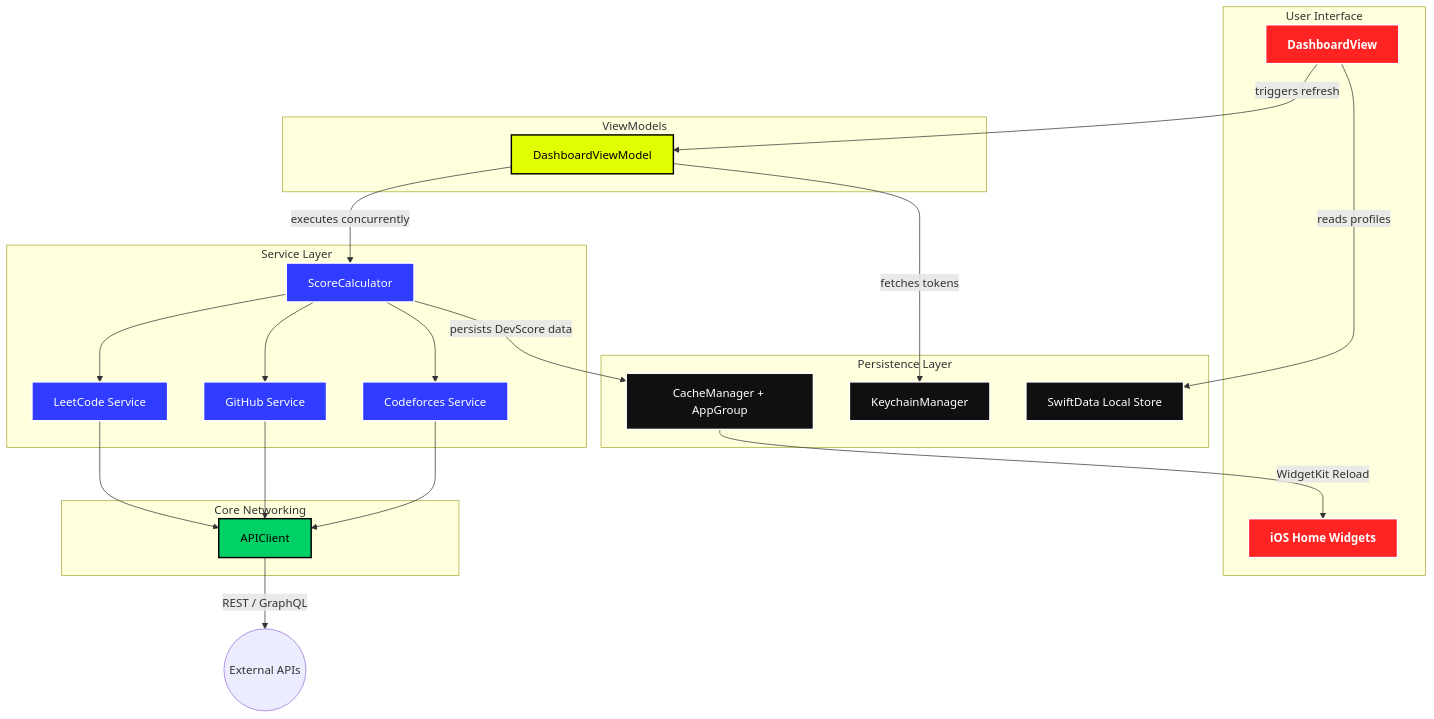
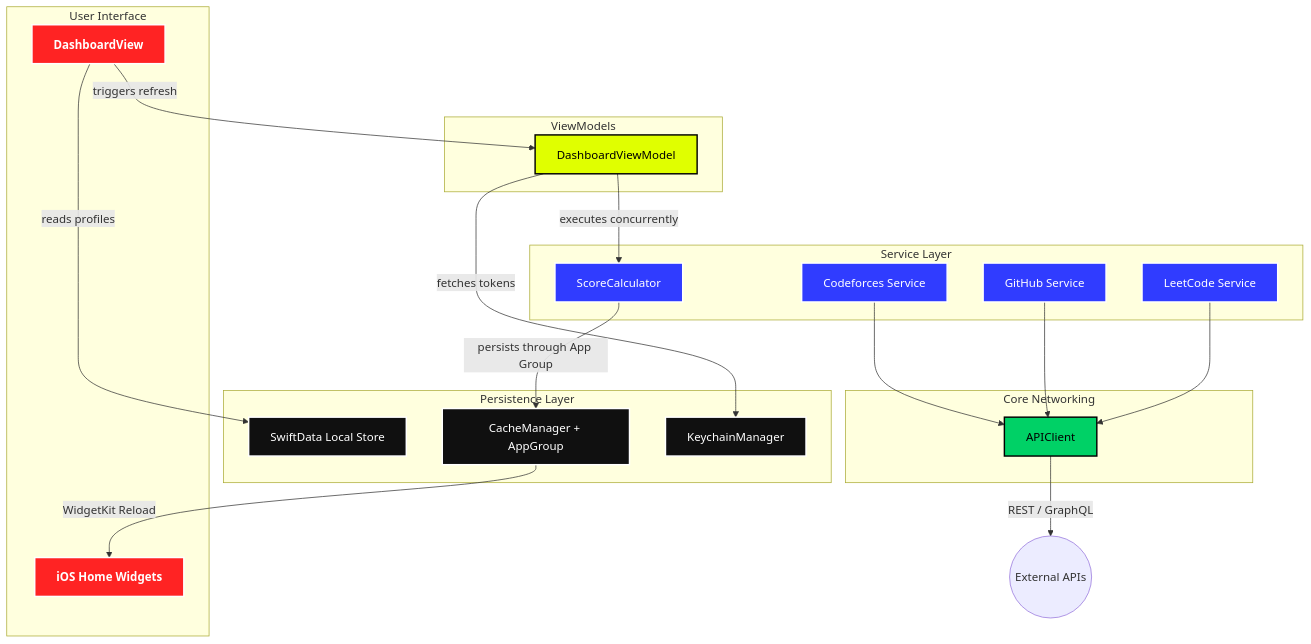
One commit to Shreyanshu005/Klyx changed the diagram in README.md. Above: the diagram before and after it, drawn with Mermaid. The commit also changed other lines of this file and 6 other files, not shown here.

````diff
--- a/README.md
+++ b/README.md
@@ -22,55 +43,45 @@
 ```mermaid
 graph TD
-    %% Styling
     classDef ui fill:#FF2323,stroke:#fff,stroke-width:2px,color:#fff,font-weight:bold
     classDef model fill:#E0FF00,stroke:#000,stroke-width:2px,color:#000
     classDef service fill:#303CFF,stroke:#fff,stroke-width:2px,color:#fff
     classDef api fill:#00D166,stroke:#000,stroke-width:2px,color:#000
     classDef storage fill:#101010,stroke:#fff,stroke-width:2px,color:#fff
 
     subgraph User Interface
         Dashboard[DashboardView]:::ui
         Widgets[iOS Home Widgets]:::ui
     end
 
     subgraph ViewModels
         DashVM[DashboardViewModel]:::model
     end
 
     subgraph Service Layer
         Calc[ScoreCalculator]:::service
         LC[LeetCode Service]:::service
         GH[GitHub Service]:::service
         CF[Codeforces Service]:::service
     end
 
     subgraph Core Networking
         Client[APIClient]:::api
     end
 
     subgraph Persistence Layer
         Data[SwiftData Local Store]:::storage
         Cache[CacheManager + AppGroup]:::storage
         Key[KeychainManager]:::storage
     end
 
-    %% Flow
     Dashboard -- triggers refresh --> DashVM
     DashVM -- executes concurrently --> Calc
-    
-    Calc --> LC
-    Calc --> GH
-    Calc --> CF
-
     LC --> Client
     GH --> Client
     CF --> Client
-
     Client -- REST / GraphQL --> ExternalAPIs((External APIs))
-
     DashVM -- fetches tokens --> Key
     Dashboard -- reads profiles --> Data
-
-    Calc -- persists DevScore data --> Cache
+    Calc -- persists through App Group --> Cache
     Cache -- WidgetKit Reload --> Widgets
 ```
````
